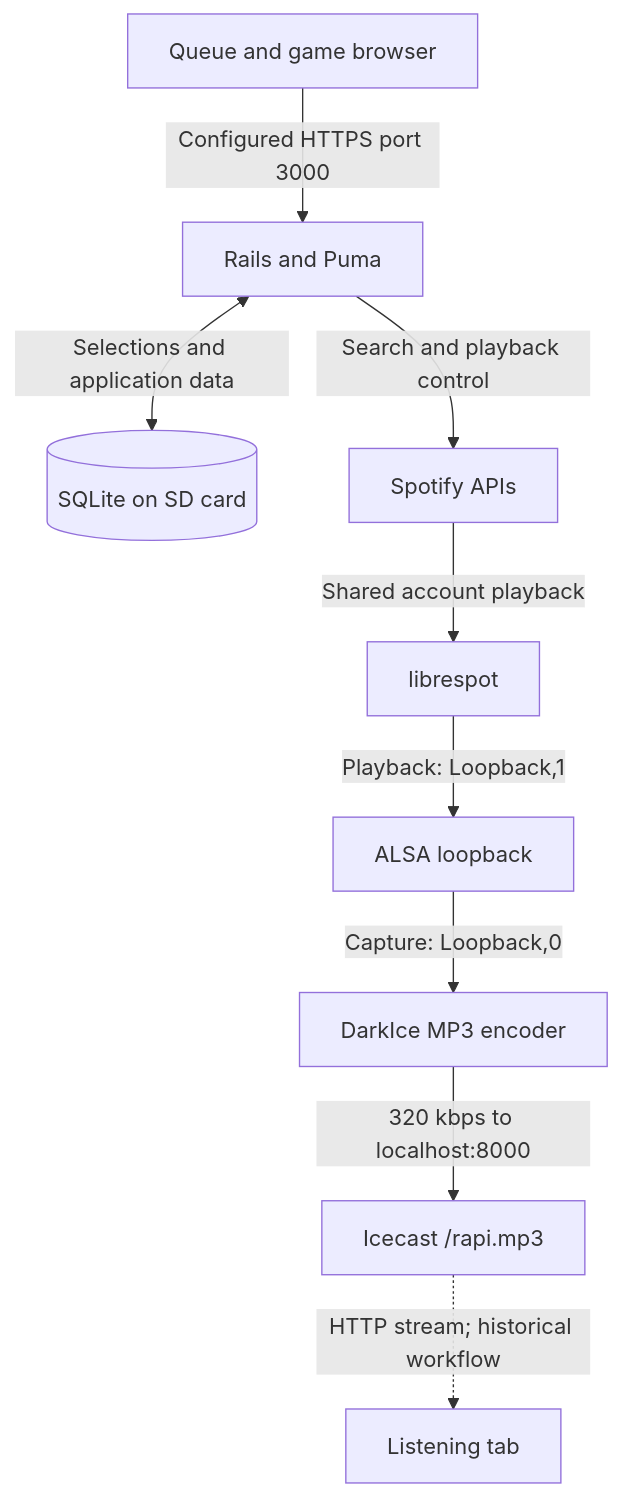
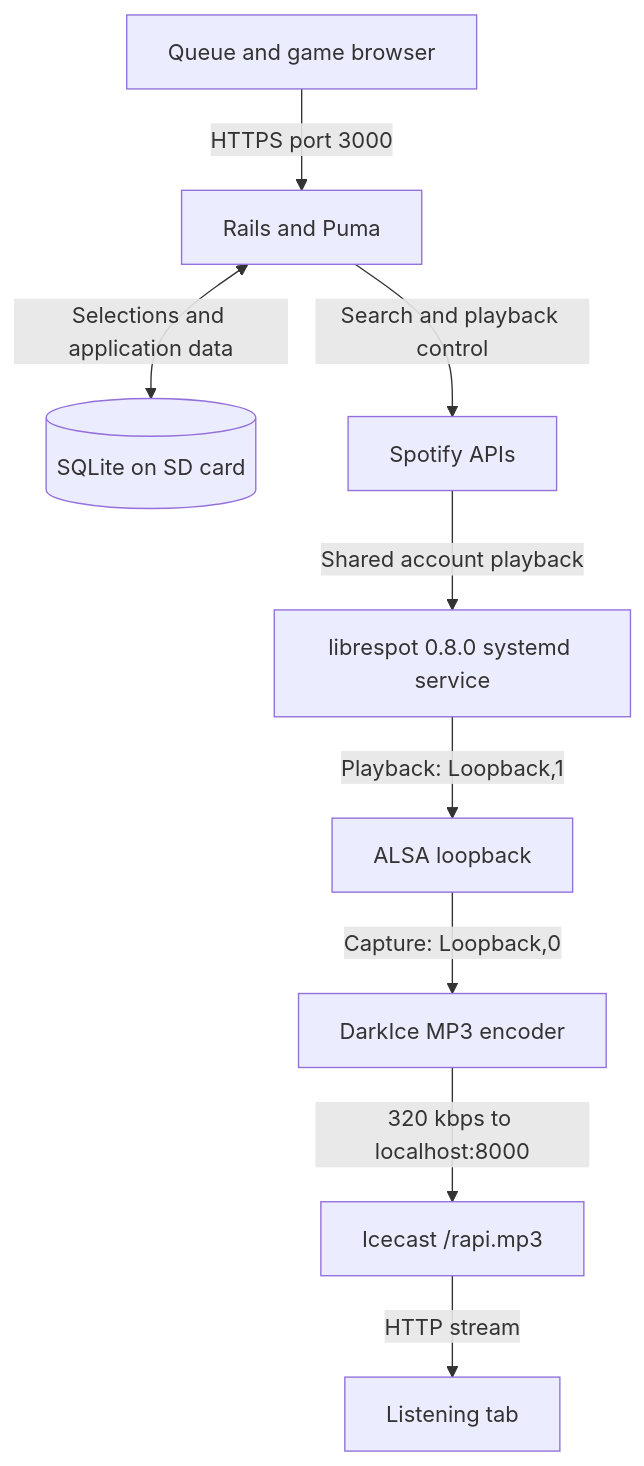
The diagram in docs/pi-overview.md (jbearer/jcradio), drawn with Mermaid before and after one commit. The commit also changed other lines of this file and 15 other files, not shown here.

````diff
--- a/docs/pi-overview.md
+++ b/docs/pi-overview.md
@@ -38,11 +36,11 @@
     ```mermaid
     flowchart TD
-        Browser[Queue and game browser] -->|Configured HTTPS port 3000|Rails[Rails and Puma]
+        Browser[Queue and game browser] -->|HTTPS port 3000|Rails[Rails and Puma]
         Rails <-->|Selections and application data|DB[(SQLite on SD card)]
         Rails -->|Search and playback control|Spotify[Spotify APIs]
-        Spotify -->|Shared account playback|Player[librespot]
+        Spotify -->|Shared account playback|Player[librespot 0.8.0 systemd service]
         Player -->|Playback: Loopback,1|Loopback[ALSA loopback]
         Loopback -->|Capture: Loopback,0|DarkIce[DarkIce MP3 encoder]
         DarkIce -->|320 kbps to localhost:8000|Icecast[Icecast /rapi.mp3]
-        Icecast -.->|HTTP stream; historical workflow|Listener[Listening tab]
+        Icecast -->|HTTP stream|Listener[Listening tab]
     ```
````
